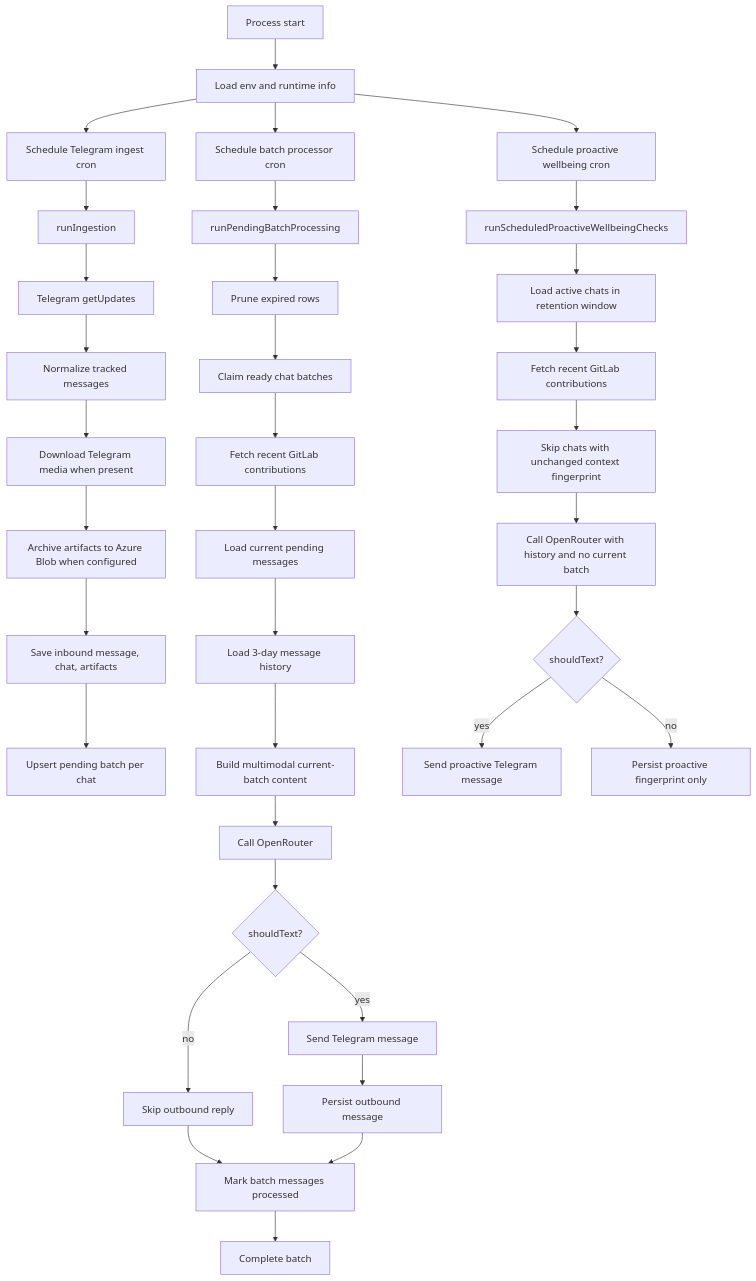
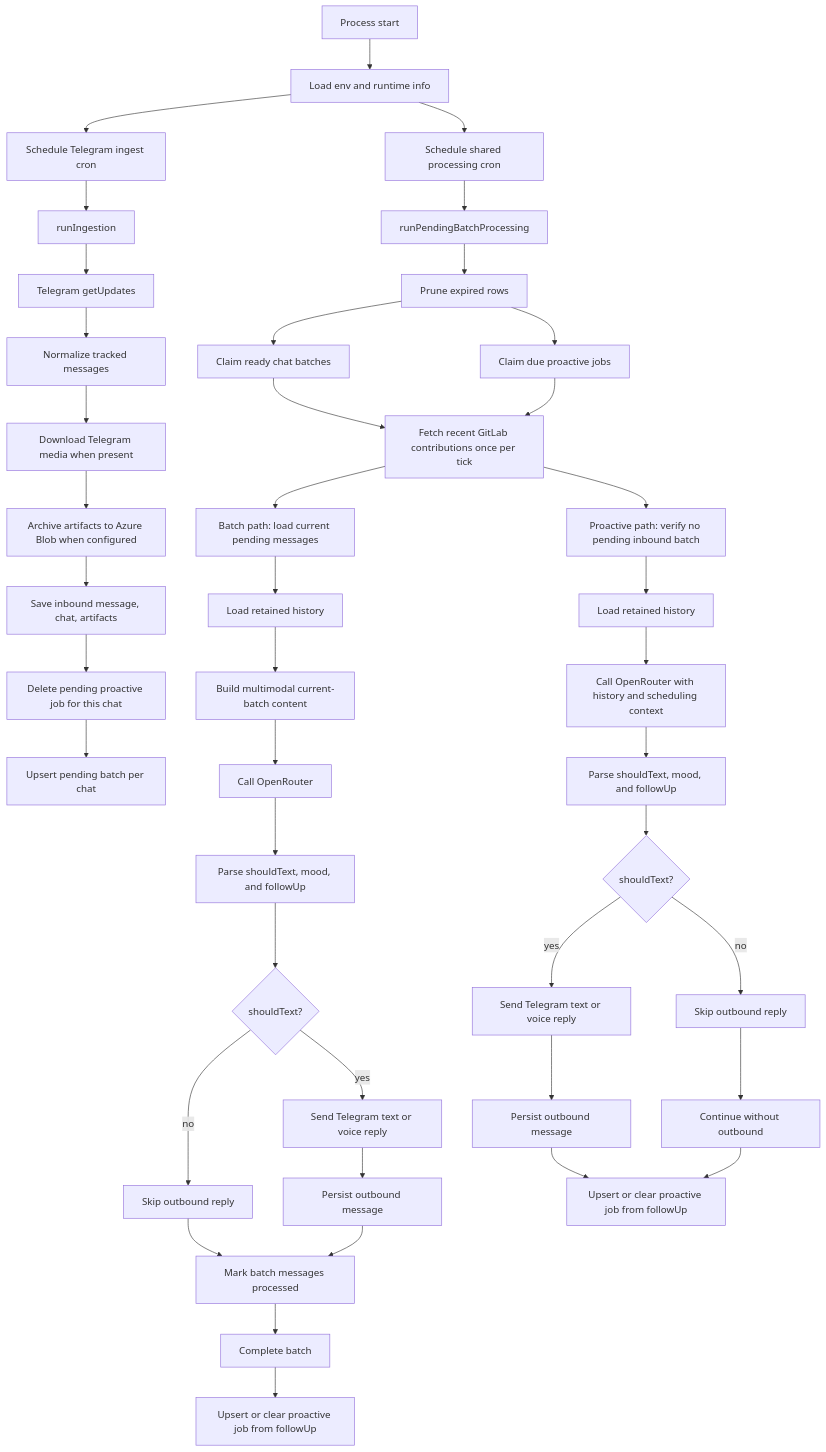
Before and after one commit to neos1803/personal-telegram-bot: the first of 2 diagrams in SYSTEM_FLOW.md, drawn with Mermaid. The commit also changed other lines of this file and 6 other files, not shown here.

First line of the commit message:
feat: enhance proactive job scheduling and processing

````diff
--- a/SYSTEM_FLOW.md
+++ b/SYSTEM_FLOW.md
@@ -20,40 +22,48 @@
 ```mermaid
 flowchart TD
     A[Process start] --> B[Load env and runtime info]
     B --> C[Schedule Telegram ingest cron]
-    B --> D[Schedule batch processor cron]
-    B --> E2[Schedule proactive wellbeing cron]
+    B --> D[Schedule shared processing cron]
 
     C --> E[runIngestion]
     E --> F[Telegram getUpdates]
     F --> G[Normalize tracked messages]
     G --> H[Download Telegram media when present]
     H --> I[Archive artifacts to Azure Blob when configured]
     I --> J[Save inbound message, chat, artifacts]
-    J --> K[Upsert pending batch per chat]
+    J --> K[Delete pending proactive job for this chat]
+    K --> L[Upsert pending batch per chat]
 
-    D --> L[runPendingBatchProcessing]
-    L --> M[Prune expired rows]
-    M --> N[Claim ready chat batches]
-    N --> O[Fetch recent GitLab contributions]
-    O --> P[Load current pending messages]
-    P --> Q[Load 3-day message history]
-    Q --> R[Build multimodal current-batch content]
-    R --> S[Call OpenRouter]
-    S --> T{shouldText?}
-    T -->|yes| U[Send Telegram message]
-    T -->|no| V[Skip outbound reply]
-    U --> W[Persist outbound message]
-    V --> X[Mark batch messages processed]
-    W --> X
-    X --> Y[Complete batch]
+    D --> M[runPendingBatchProcessing]
+    M --> N[Prune expired rows]
+    N --> O[Claim ready chat batches]
+    N --> P[Claim due proactive jobs]
+    O --> Q[Fetch recent GitLab contributions once per tick]
+    P --> Q
 
-    E2 --> Z[runScheduledProactiveWellbeingChecks]
-    Z --> Z1[Load active chats in retention window]
-    Z1 --> Z2[Fetch recent GitLab contributions]
-    Z2 --> Z3[Skip chats with unchanged context fingerprint]
-    Z3 --> Z4[Call OpenRouter with history and no current batch]
-    Z4 --> Z5{shouldText?}
-    Z5 -->|yes| Z6[Send proactive Telegram message]
-    Z5 -->|no| Z7[Persist proactive fingerprint only]
+    Q --> R[Batch path: load current pending messages]
+    R --> S[Load retained history]
+    S --> T[Build multimodal current-batch content]
+    T --> U[Call OpenRouter]
+    U --> V[Parse shouldText, mood, and followUp]
+    V --> W{shouldText?}
+    W -->|yes| X[Send Telegram text or voice reply]
+    W -->|no| Y[Skip outbound reply]
+    X --> Z[Persist outbound message]
+    Y --> AA[Mark batch messages processed]
+    Z --> AA
+    AA --> AB[Complete batch]
+    AB --> AC[Upsert or clear proactive job from followUp]
+
+    Q --> AD[Proactive path: verify no pending inbound batch]
+    AD --> AE[Load retained history]
+    AE --> AF[Call OpenRouter with history and scheduling context]
+    AF --> AG[Parse shouldText, mood, and followUp]
+    AG --> AH{shouldText?}
+    AH -->|yes| AI[Send Telegram text or voice reply]
+    AH -->|no| AJ[Skip outbound reply]
+    AI --> AK[Persist outbound message]
+    AJ --> AL[Continue without outbound]
+    AK --> AM[Upsert or clear proactive job from followUp]
+    AL --> AM
 ```
````
